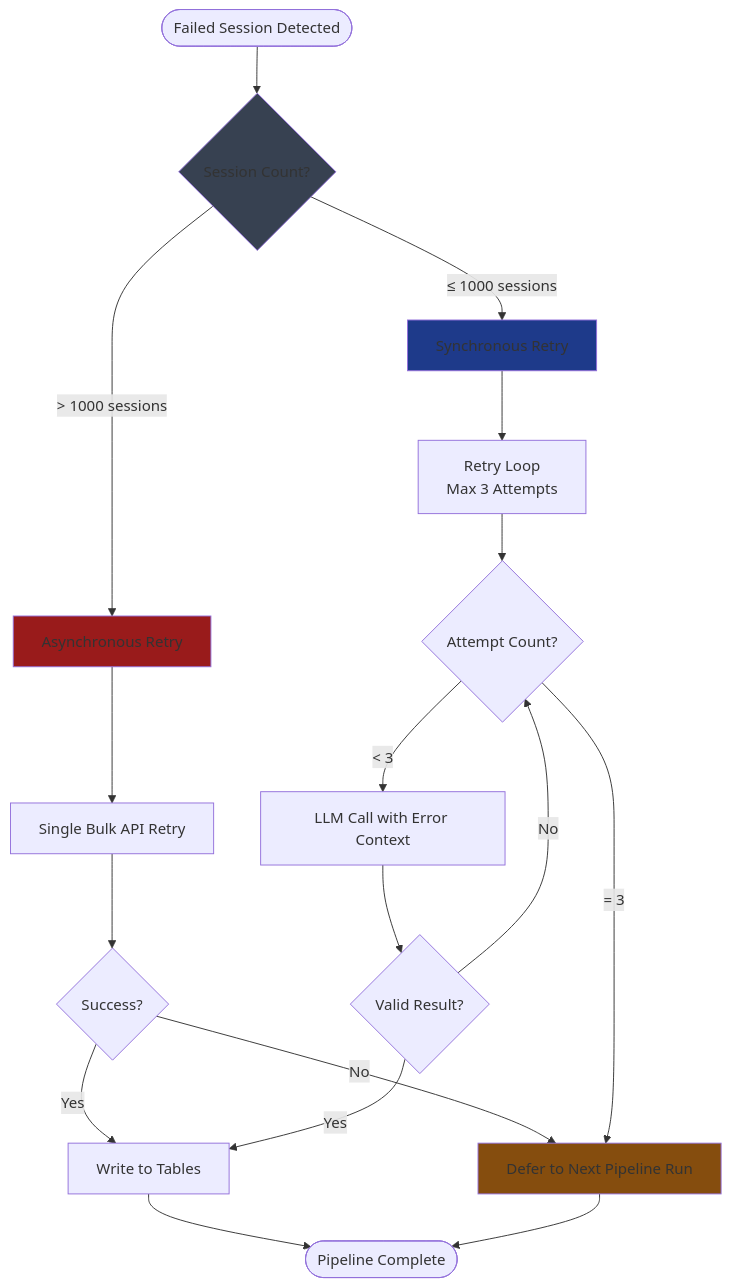
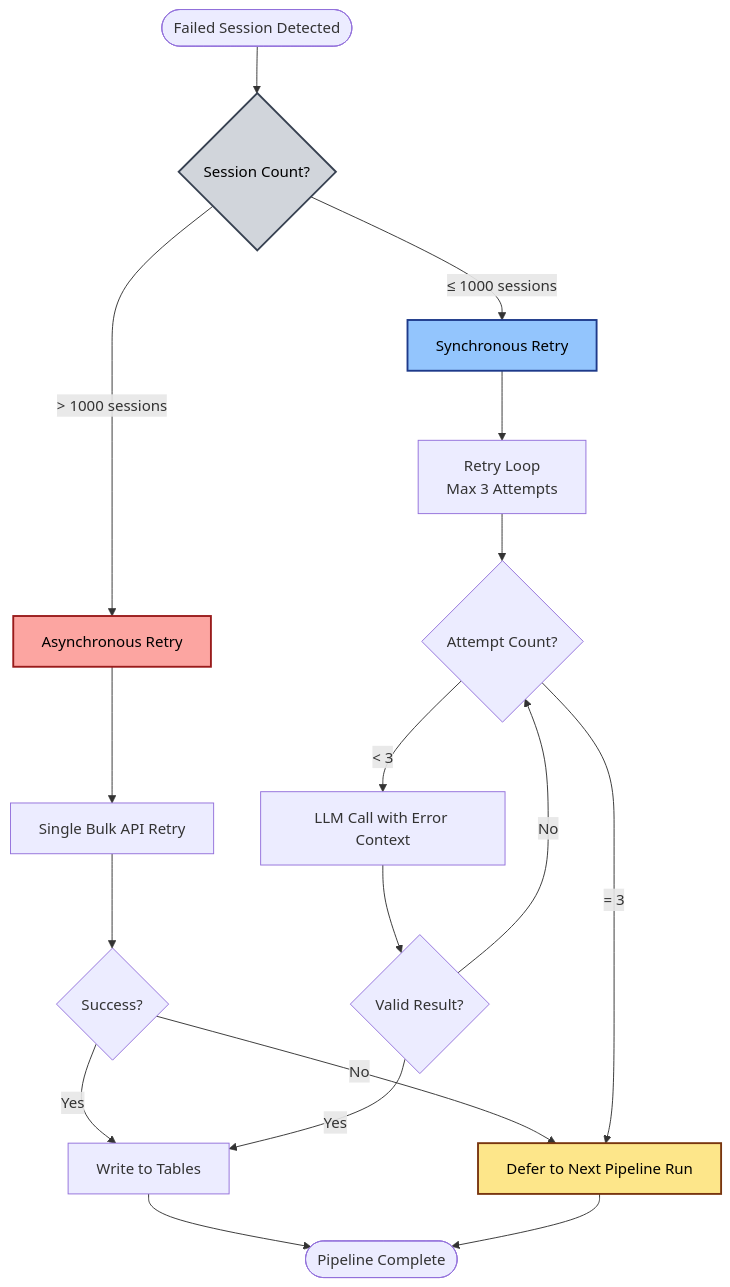
The third of 4 diagrams in agentforce/observability/README_Agentforce_Observability_Pipeline_Implementation.md (arupsarkar-sfdc/Misc), drawn with Mermaid before and after one commit. The commit also changed other lines of this file and 2 other files, not shown here.

````diff
--- a/agentforce/observability/README_Agentforce_Observability_Pipeline_Implementation.md
+++ b/agentforce/observability/README_Agentforce_Observability_Pipeline_Implementation.md
@@ -660,28 +660,28 @@
 ```mermaid
 graph TD
     START([Failed Session Detected]) --> CHECK{Session Count?}
     
     CHECK -->|> 1000 sessions| ASYNC[Asynchronous Retry]
     CHECK -->|≤ 1000 sessions| SYNC[Synchronous Retry]
     
     ASYNC --> ASYNC1[Single Bulk API Retry]
     ASYNC1 --> ASYNC2{Success?}
     ASYNC2 -->|Yes| WRITE[Write to Tables]
     ASYNC2 -->|No| DEFER[Defer to Next Pipeline Run]
     
     SYNC --> SYNC1[Retry Loop<br/>Max 3 Attempts]
     SYNC1 --> SYNC2{Attempt Count?}
     SYNC2 -->|< 3| SYNC3[LLM Call with Error Context]
     SYNC3 --> SYNC4{Valid Result?}
     SYNC4 -->|Yes| WRITE
     SYNC4 -->|No| SYNC2
     SYNC2 -->|= 3| DEFER
     
     WRITE --> END([Pipeline Complete])
     DEFER --> END
     
-    style CHECK fill:#374151
-    style ASYNC fill:#991b1b
-    style SYNC fill:#1e3a8a
-    style DEFER fill:#854d0e
+    style CHECK fill:#d1d5db,stroke:#374151,stroke-width:2px,color:#000
+    style ASYNC fill:#fca5a1,stroke:#991b1b,stroke-width:2px,color:#000
+    style SYNC fill:#93c5fd,stroke:#1e3a8a,stroke-width:2px,color:#000
+    style DEFER fill:#fde68a,stroke:#78350f,stroke-width:2px,color:#000
 ```
````
